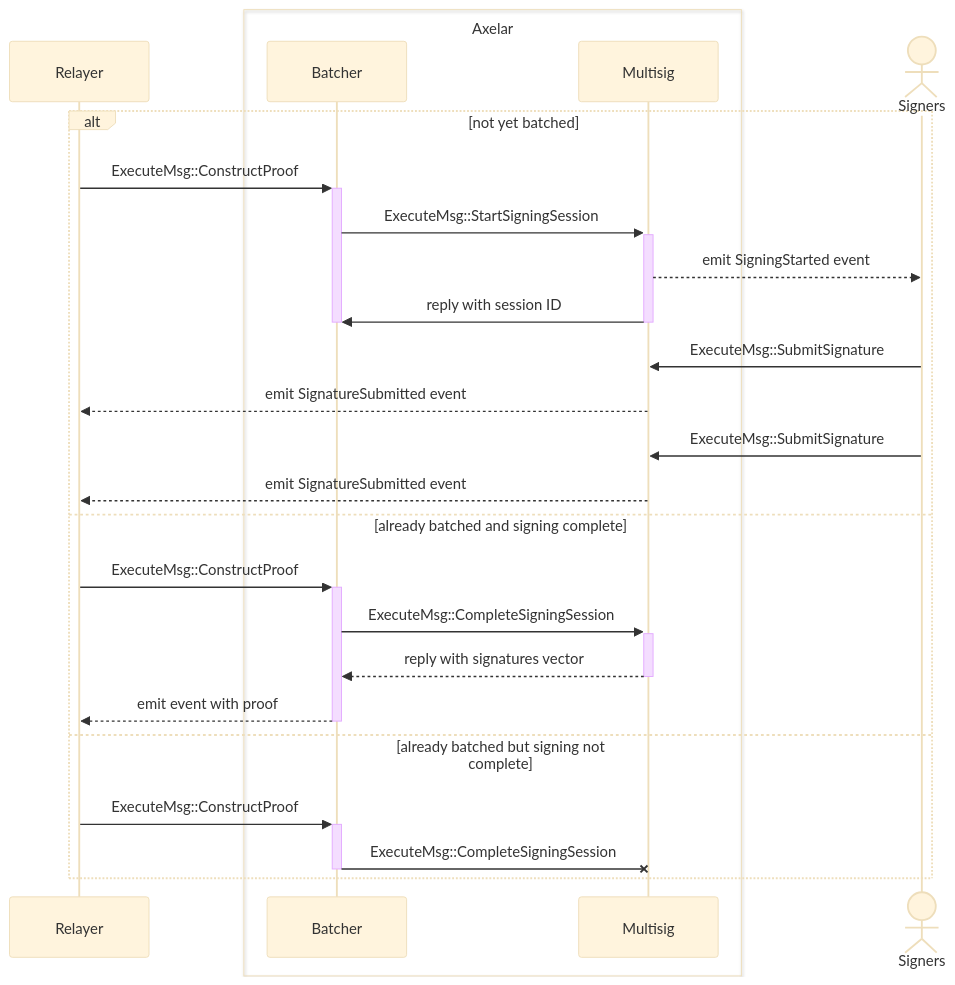
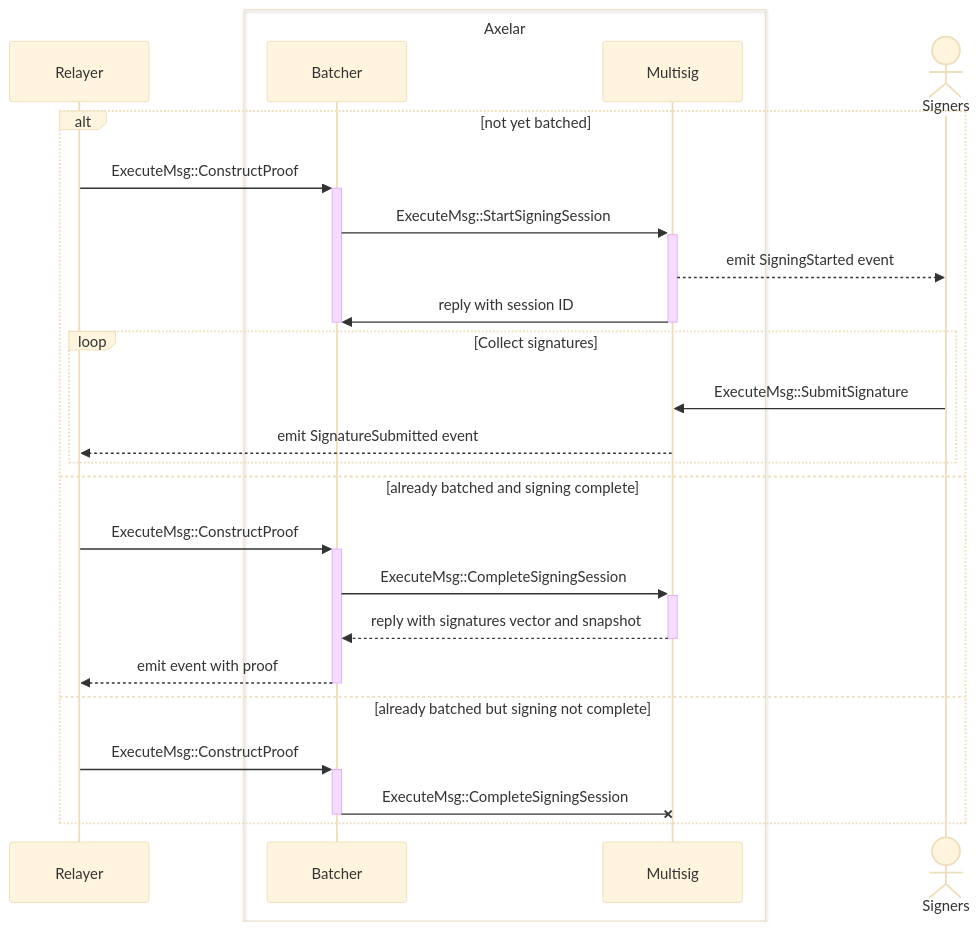
One commit to axelarnetwork/axelar-amplifier changed the second of 2 diagrams in contracts/multisig/README.md. Above: the diagram before and after it, drawn with Mermaid (base theme).

Commit message:
Updated sequence diagram for clarity

````diff
--- a/contracts/multisig/README.md
+++ b/contracts/multisig/README.md
@@ -29,29 +29,29 @@
 ```mermaid
 sequenceDiagram
 participant Relayer
 box Axelar
 participant Batcher
 participant Multisig
 end
 actor Signers
 
 alt not yet batched
 	Relayer->>+Batcher: ExecuteMsg::ConstructProof
 	Batcher->>+Multisig: ExecuteMsg::StartSigningSession
 	Multisig-->>Signers: emit SigningStarted event
 	Multisig->>-Batcher: reply with session ID
 	deactivate Batcher
-	Signers->>Multisig: ExecuteMsg::SubmitSignature
-	Multisig-->>Relayer: emit SignatureSubmitted event
-	Signers->>Multisig: ExecuteMsg::SubmitSignature
-	Multisig-->>Relayer: emit SignatureSubmitted event
+  loop Collect signatures
+    Signers->>Multisig: ExecuteMsg::SubmitSignature
+    Multisig-->>Relayer: emit SignatureSubmitted event
+  end
 else already batched and signing complete
 	Relayer->>+Batcher: ExecuteMsg::ConstructProof
 	Batcher->>+Multisig: ExecuteMsg::CompleteSigningSession
-	Multisig-->>-Batcher: reply with signatures vector
+	Multisig-->>-Batcher: reply with signatures vector and snapshot
 	Batcher-->>-Relayer: emit event with proof
 else already batched but signing not complete
 	Relayer->>+Batcher: ExecuteMsg::ConstructProof
 	Batcher-x-Multisig: ExecuteMsg::CompleteSigningSession
 end
 ```
````
